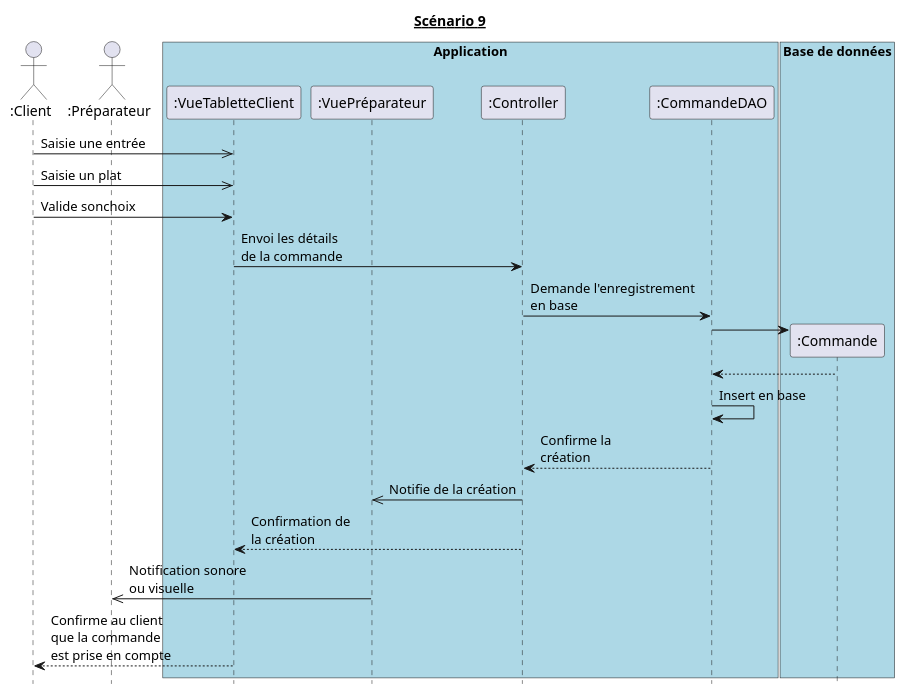
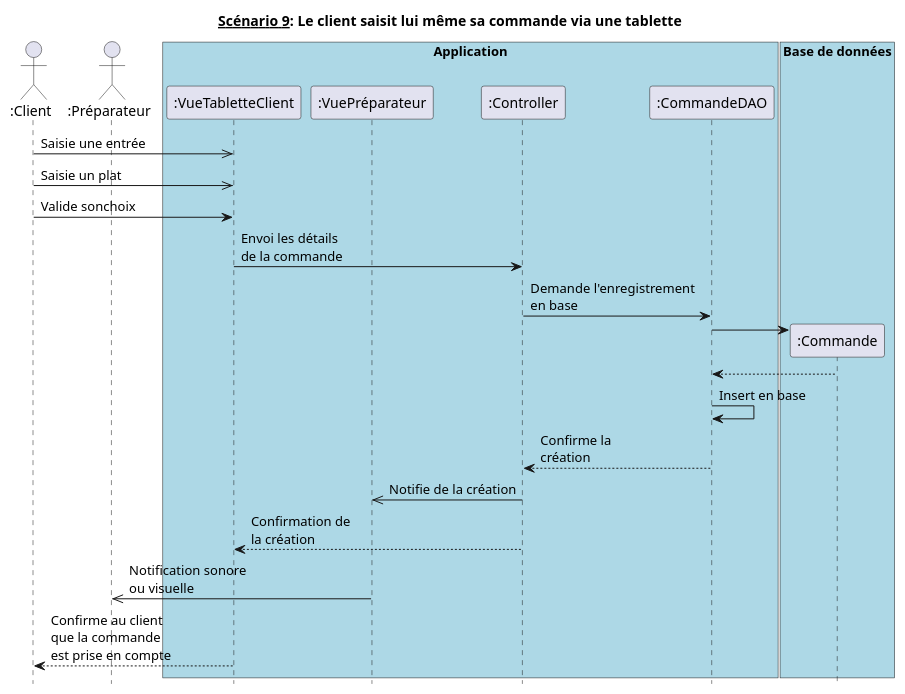
The diagram in diagrammes_sequences_detailles/dss9.md (hulskenA/GL-Les_seigneurs_du_resto), drawn with PlantUML before and after one commit. The commit also changed 14 other files, not shown here.

````diff
--- a/diagrammes_sequences_detailles/dss9.md
+++ b/diagrammes_sequences_detailles/dss9.md
@@ -1,43 +1,43 @@
 ```puml
 @startuml
 hide footbox
-title __Scénario 9__
+title __Scénario 9__: Le client saisit lui même sa commande via une tablette
 
 
 actor ":Client" as Client order 10
 actor ":Préparateur" as Préparateur order 20
 
 box "Application" #Lightblue
     participant ":VueTabletteClient" as VueTabletteClient order 30
     participant ":VuePréparateur" as VuePréparateur order 40
     participant ":Controller" as Controller order 50
     participant ":CommandeDAO" as CommandeDAO order 60
 endbox
 
 box "Base de données" #Lightblue
   participant ":Commande" as Commande order 70
 endbox
 
 Client ->> VueTabletteClient : Saisie une entrée
 Client ->> VueTabletteClient : Saisie un plat
 Client -> VueTabletteClient : Valide sonchoix
 
 VueTabletteClient -> Controller : Envoi les détails\nde la commande
 
 Controller -> CommandeDAO : Demande l'enregistrement\nen base
 
 create Commande
 CommandeDAO -> Commande
 CommandeDAO <-- Commande
 CommandeDAO -> CommandeDAO : Insert en base
 CommandeDAO --> Controller : Confirme la\ncréation
 
 Controller ->> VuePréparateur : Notifie de la création
 Controller --> VueTabletteClient : Confirmation de\nla création
 
 VuePréparateur ->> Préparateur : Notification sonore\nou visuelle
 
 VueTabletteClient --> Client : Confirme au client\nque la commande\nest prise en compte
 
 @enduml
 ```
````
